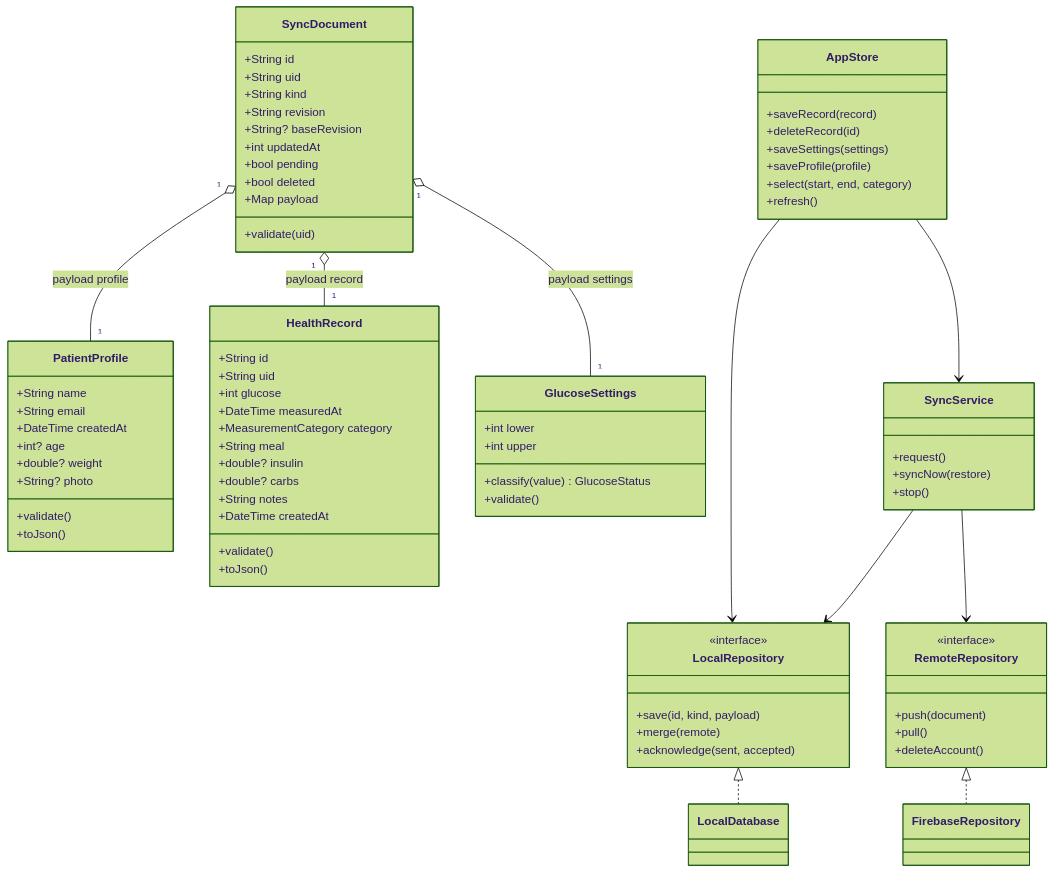
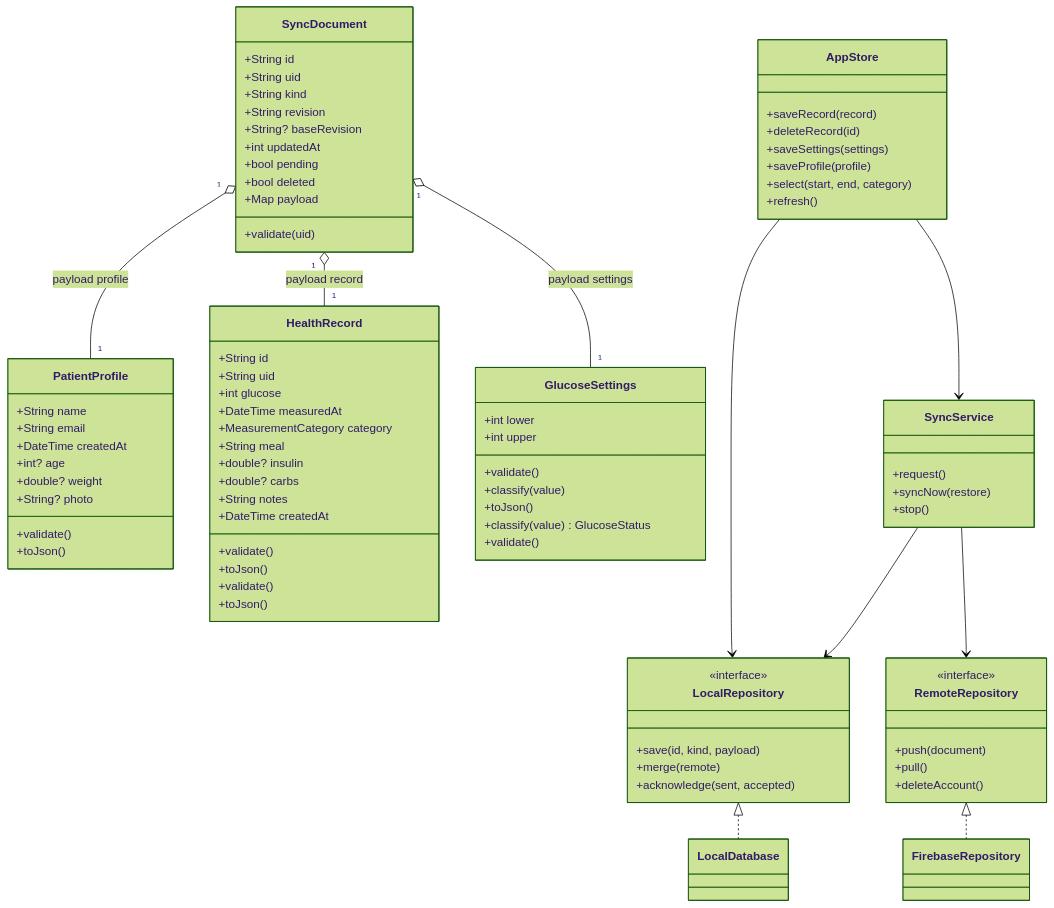
One commit to Lauroaugst/GlicoTrack changed the diagram in docs/arquitetura-unidade-ii.md. Above: the diagram before and after it, drawn with Mermaid (forest theme). The commit also changed other lines of this file and 20 other files, not shown here.

```diff
--- a/docs/arquitetura-unidade-ii.md
+++ b/docs/arquitetura-unidade-ii.md
@@ -45,6 +47,8 @@
     +double? insulin
     +double? carbs
     +String notes
+    +validate()
+    +toJson()
     +DateTime createdAt
     +validate()
     +toJson()
@@ -52,6 +56,9 @@
   class GlucoseSettings {
     +int lower
     +int upper
+    +validate()
+    +classify(value)
+    +toJson()
     +classify(value) GlucoseStatus
     +validate()
   }
```
